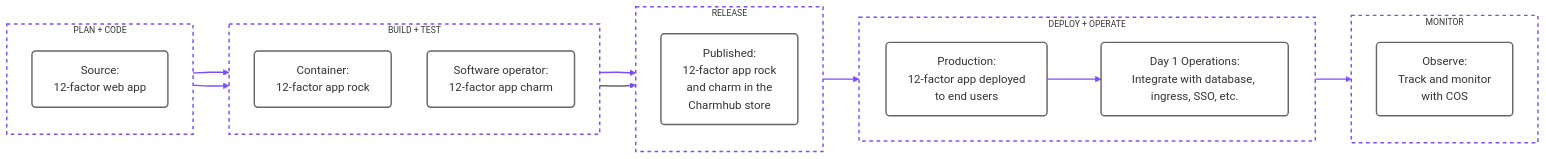
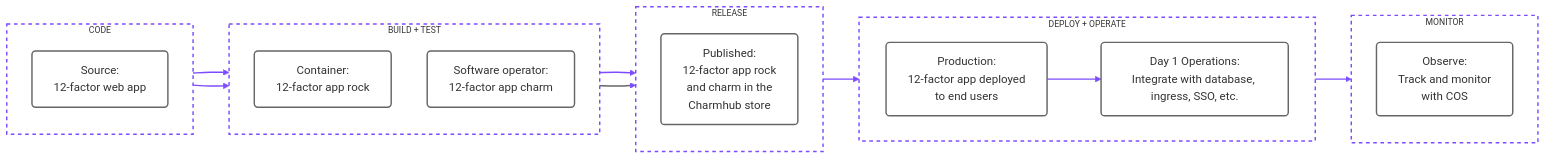
The diagram in docs/explanation/index.rst (canonical/paas-charm), drawn with Mermaid before and after one commit.

Commit message:
remove plan label from diagram

```diff
--- a/docs/explanation/index.rst
+++ b/docs/explanation/index.rst
@@ -69,65 +69,65 @@
 .. mermaid::
 
     flowchart LR
     %% -- Styling Classes --
     classDef nodeBox fill:#fff,stroke:#666,stroke-width:2px,color:#333,rx:5,ry:5,text-align:center;
     classDef groupContainer fill:none,stroke:#7c4dff,stroke-width:2px,stroke-dasharray: 5 5,color:#333,font-size:12px;
     
     %% -- Main Flow Styling --
     linkStyle default stroke:#7c4dff,stroke-width:2px,fill:none;
 
     %% -- Phase 1 --
-    subgraph P1 ["PLAN + CODE"]
+    subgraph P1 ["CODE"]
         direction TB
         Node1["Source:<br/>12-factor web app"]:::nodeBox
     end
 
     %% -- Phase 2 --
     subgraph P2 ["BUILD + TEST"]
         direction TB
         Node2["Container:<br/>12-factor app rock"]:::nodeBox
         Node3["Software operator:<br/>12-factor app charm"]:::nodeBox
     end
 
     %% -- Phase 3 --
     subgraph P3 ["RELEASE"]
         direction TB
         Node4["Published:<br/>12-factor app rock<br/>and charm in the<br/>Charmhub store"]:::nodeBox
     end
 
     %% -- Phase 4 --
     subgraph P4 ["DEPLOY + OPERATE"]
         direction LR
         Node5["Production:<br/>12-factor app deployed<br/>to end users"]:::nodeBox
         Node6["Day 1 Operations:<br/>Integrate with database, ingress, SSO, etc."]:::nodeBox
         
         %% Internal Link (Grey)
         Node5 --> Node6
     end
 
     %% -- Phase 5 --
     subgraph P5 ["MONITOR"]
         direction TB
         Node7["Observe: <br/> Track and monitor<br/>with COS"]:::nodeBox
     end
 
     %% -- Connections --
     %% Connect Source to the first item in Build
     Node1 --> Node2
     Node1 --> Node3
     
     %% Connect both Build items to Release
     Node2 --> Node4
     Node3 --> Node4
     
     %% Connect Release to Deploy
     Node4 --> Node5
     
     %% Connect Deploy to Monitor
     Node6 --> Node7
 
     %% -- Apply Group Styles --
     class P1,P2,P3,P4,P5 groupContainer
 
     %% -- Override Internal Link Style for P4 (Grey Arrow) --
     linkStyle 4 stroke:#666,stroke-width:2px;
```
